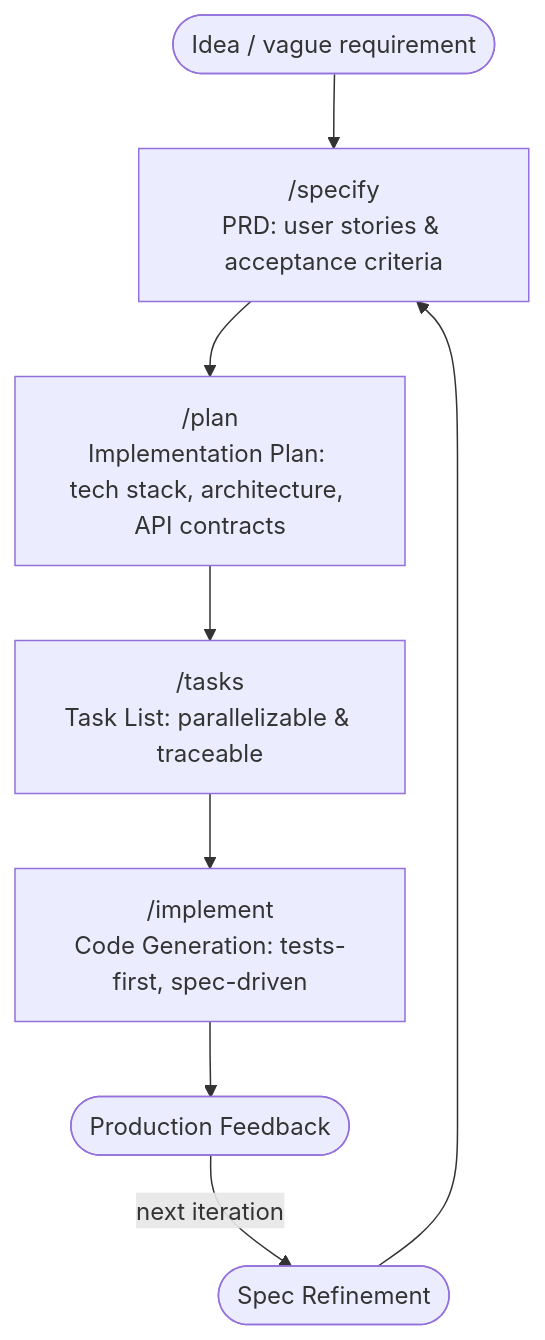
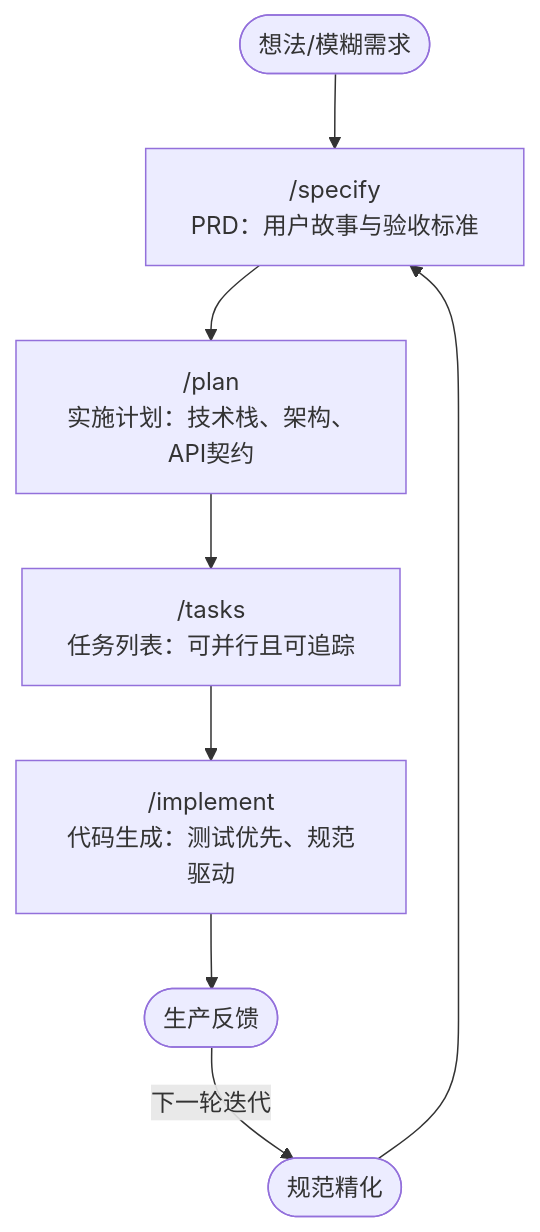
Before and after one commit to gqcn/johns-blog: the diagram in docs/docs/1000-AI技术/200-应用开发/200-AI工程管理与实践/SDD规范驱动开发：AI时代的软件工程新范式.md, drawn with Mermaid.

````diff
--- a/docs/docs/1000-AI技术/200-应用开发/200-AI工程管理与实践/SDD规范驱动开发：AI时代的软件工程新范式.md
+++ b/docs/docs/1000-AI技术/200-应用开发/200-AI工程管理与实践/SDD规范驱动开发：AI时代的软件工程新范式.md
@@ -108,10 +108,10 @@
 ```mermaid
 flowchart TD
-    A([Idea / vague requirement]) --> B
-    B["/specify<br/>PRD: user stories & acceptance criteria"] --> C
-    C["/plan<br/>Implementation Plan: tech stack, architecture, API contracts"] --> D
-    D["/tasks<br/>Task List: parallelizable & traceable"] --> E
-    E["/implement<br/>Code Generation: tests-first, spec-driven"] --> F
-    F([Production Feedback]) -->|next iteration| G
-    G([Spec Refinement]) --> B
+     A([想法/模糊需求]) --> B
+     B["/specify<br/>PRD：用户故事与验收标准"] --> C
+     C["/plan<br/>实施计划：技术栈、架构、API契约"] --> D
+     D["/tasks<br/>任务列表：可并行且可追踪"] --> E
+     E["/implement<br/>代码生成：测试优先、规范驱动"] --> F
+     F([生产反馈]) -->|下一轮迭代| G
+     G([规范精化]) --> B
 ```
````
